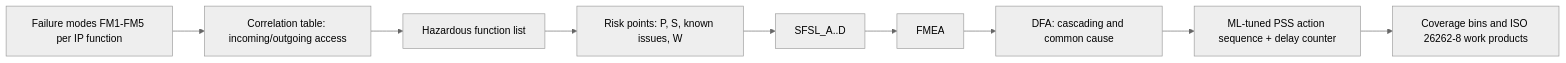
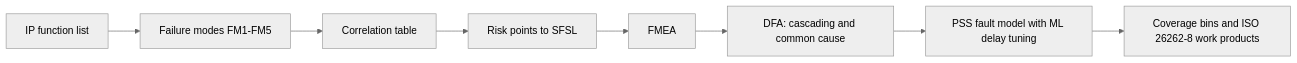
The diagram in docs/papers/ref-20261018-d1ce-early-detection-of-functional-corner-case-bugs-using-methodo.md (nemo99007/yt-paper), drawn with Mermaid (neutral theme) before and after one commit. The commit also changed other lines of this file and 172 other files, not shown here.

````diff
--- a/docs/papers/ref-20261018-d1ce-early-detection-of-functional-corner-case-bugs-using-methodo.md
+++ b/docs/papers/ref-20261018-d1ce-early-detection-of-functional-corner-case-bugs-using-methodo.md
@@ -173,11 +199,10 @@
 ```mermaid
 flowchart LR
-  A[Failure modes FM1-FM5 per IP function] --> B[Correlation table: incoming/outgoing access]
-  B --> C[Hazardous function list]
-  C --> D[Risk points: P, S, known issues, W]
-  D --> E[SFSL_A..D]
-  E --> F[FMEA]
-  F --> G[DFA: cascading and common cause]
-  G --> H[ML-tuned PSS action sequence + delay counter]
-  H --> I[Coverage bins and ISO 26262-8 work products]
+  A[IP function list] --> B[Failure modes FM1-FM5]
+  B --> C[Correlation table]
+  C --> D[Risk points to SFSL]
+  D --> E[FMEA]
+  E --> F[DFA: cascading and common cause]
+  F --> G[PSS fault model with ML delay tuning]
+  G --> H[Coverage bins and ISO 26262-8 work products]
 ```
````
